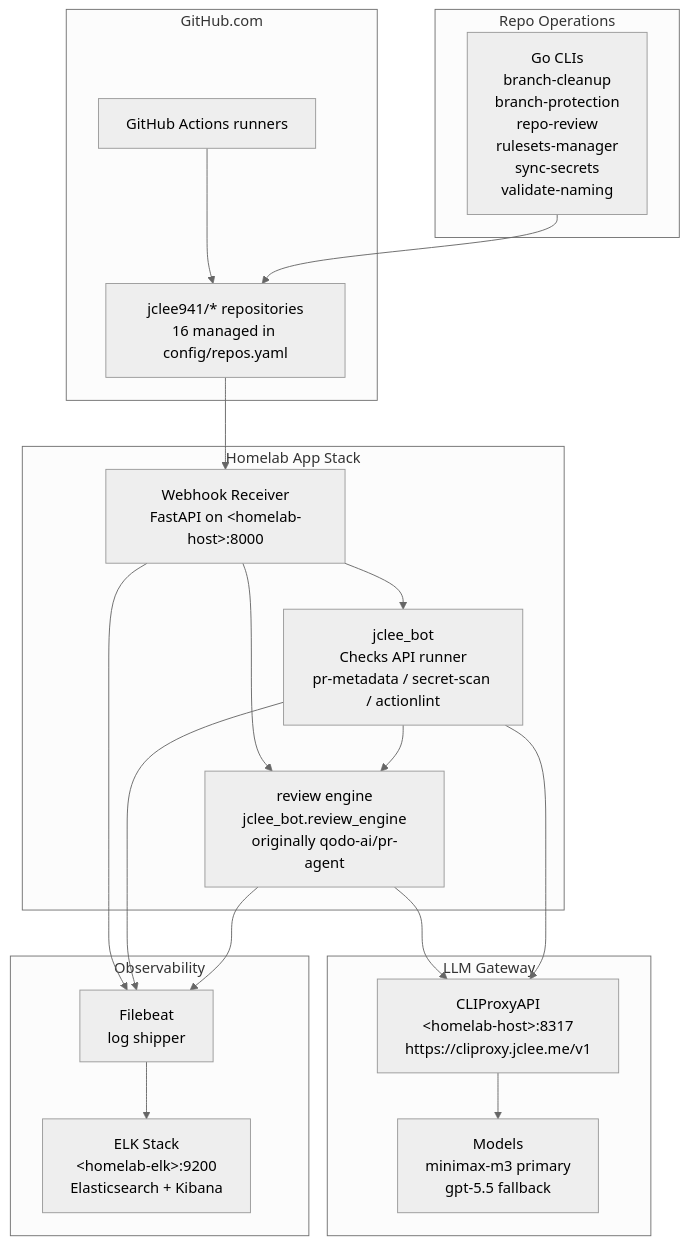
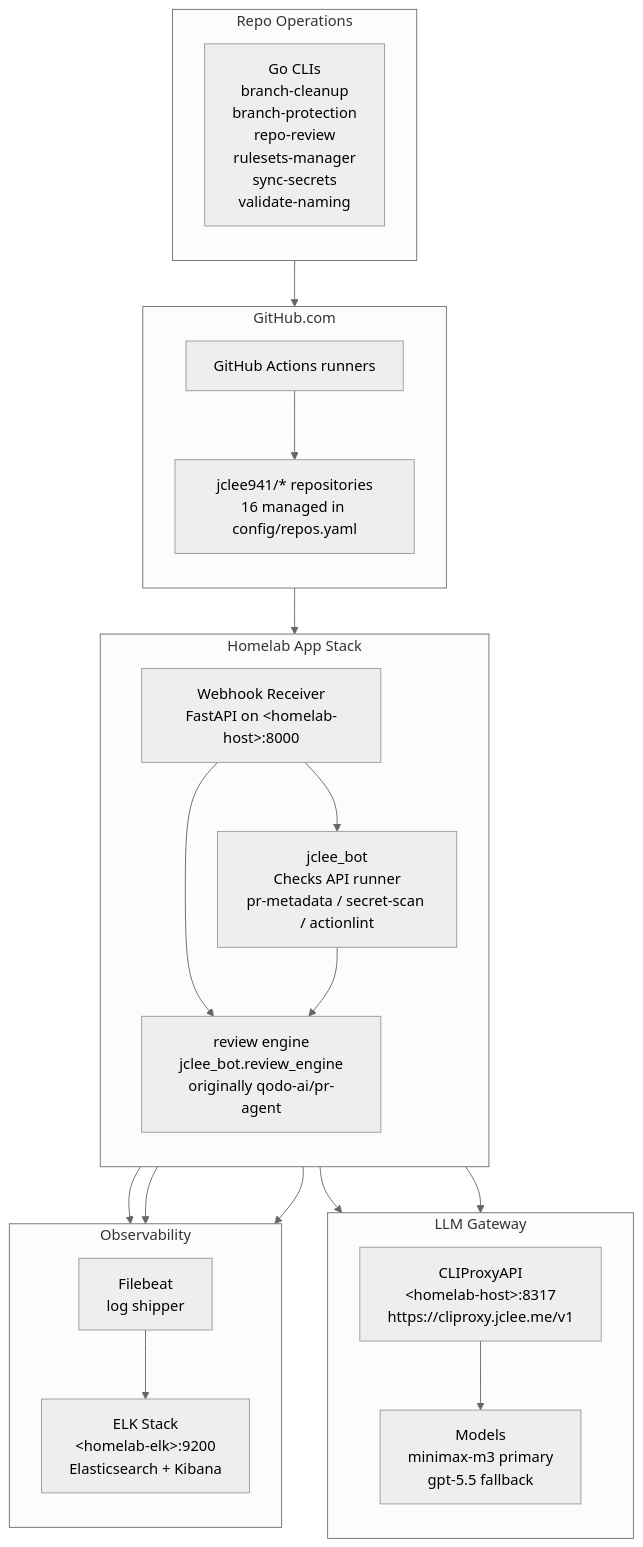
One commit to jclee941/.github changed the diagram in README.md. Above: the diagram before and after it, drawn with Mermaid (neutral theme). The commit also changed 1 other file, not shown here.

Commit message:
docs: stack README architecture chart

````diff
--- a/README.md
+++ b/README.md
@@ -98,41 +98,46 @@
 ```mermaid
-flowchart TB
+flowchart TD
     subgraph GH["GitHub.com"]
+        direction TB
         REPO["jclee941/* repositories<br/>16 managed in config/repos.yaml"]
         ACT["GitHub Actions runners"]
     end
 
     subgraph APP["Homelab App Stack"]
+        direction TB
         WH["Webhook Receiver<br/>FastAPI on &lt;homelab-host&gt;:8000"]
         BOT["jclee_bot<br/>Checks API runner<br/>pr-metadata / secret-scan / actionlint"]
         PR["review engine<br/>jclee_bot.review_engine<br/>originally qodo-ai/pr-agent"]
     end
 
     subgraph LLM["LLM Gateway"]
+        direction TB
         CLI["CLIProxyAPI<br/>&lt;homelab-host&gt;:8317<br/>https://cliproxy.jclee.me/v1"]
         MOD["Models<br/>minimax-m3 primary<br/>gpt-5.5 fallback"]
     end
 
     subgraph OBS["Observability"]
+        direction TB
         FB["Filebeat<br/>log shipper"]
         ELK["ELK Stack<br/>&lt;homelab-elk&gt;:9200<br/>Elasticsearch + Kibana"]
     end
 
     subgraph OPS["Repo Operations"]
+        direction TB
         GO["Go CLIs<br/>branch-cleanup<br/>branch-protection<br/>repo-review<br/>rulesets-manager<br/>sync-secrets<br/>validate-naming"]
     end
 
     REPO --> WH
     ACT --> REPO
     WH --> BOT
     WH --> PR
     BOT --> PR
     PR --> CLI
     BOT --> CLI
     CLI --> MOD
     WH --> FB
     BOT --> FB
     PR --> FB
     FB --> ELK
     GO --> REPO
 ```
````
